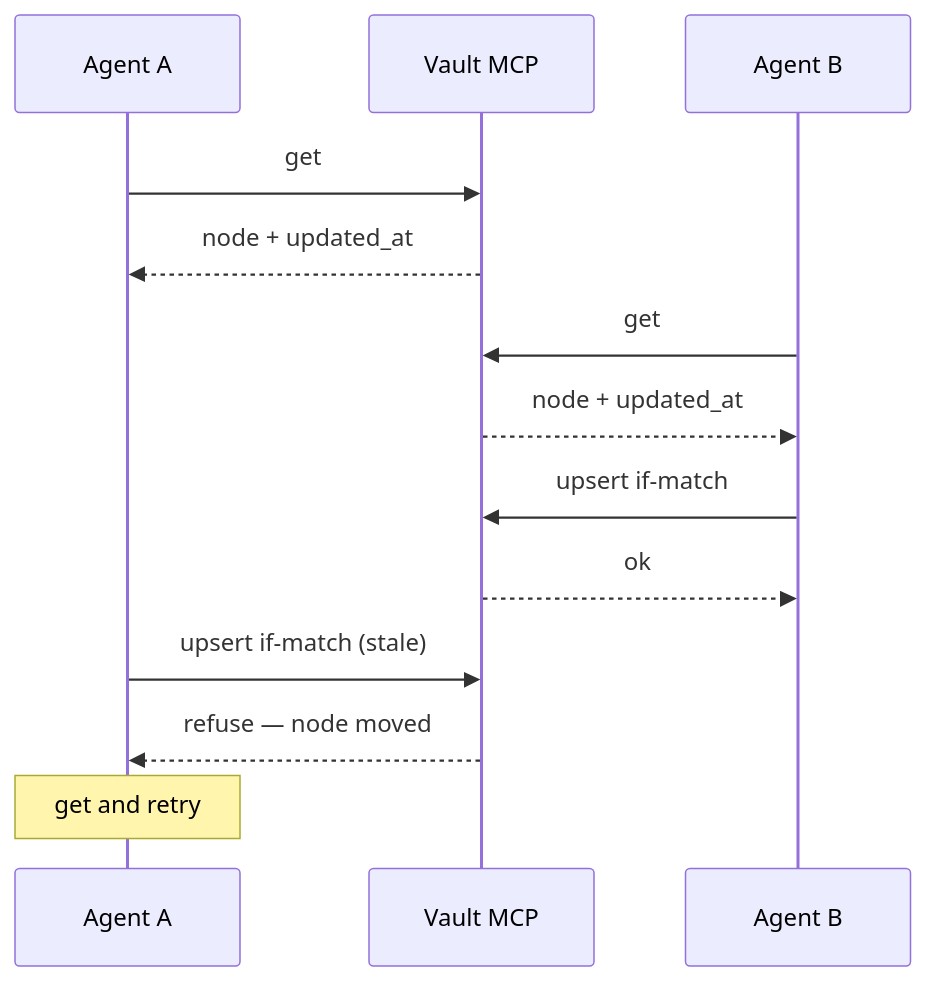
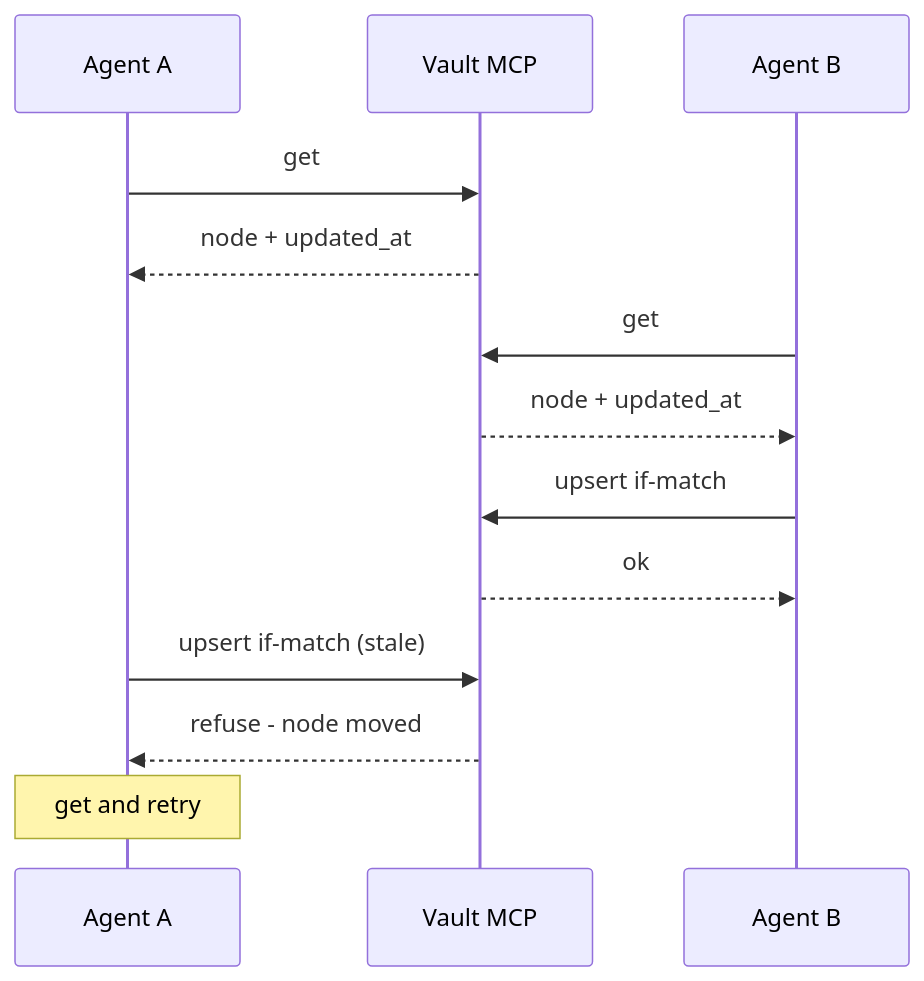
Before and after one commit to dgraziosi/foundation: the tenth of 10 diagrams in docs/ARCHITECTURE.md, drawn with Mermaid. The commit also changed other lines of this file and 23 other files, not shown here.

First line of the commit message:
docs: keep operator human-only; instance routines not staff architecture

````diff
--- a/docs/ARCHITECTURE.md
+++ b/docs/ARCHITECTURE.md
@@ -202,16 +205,16 @@
 ```mermaid
 sequenceDiagram
   participant A as Agent A
   participant MCP as Vault MCP
   participant B as Agent B
 
   A->>MCP: get
   MCP-->>A: node + updated_at
   B->>MCP: get
   MCP-->>B: node + updated_at
   B->>MCP: upsert if-match
   MCP-->>B: ok
   A->>MCP: upsert if-match (stale)
-  MCP-->>A: refuse — node moved
+  MCP-->>A: refuse - node moved
   Note over A: get and retry
 ```
````
